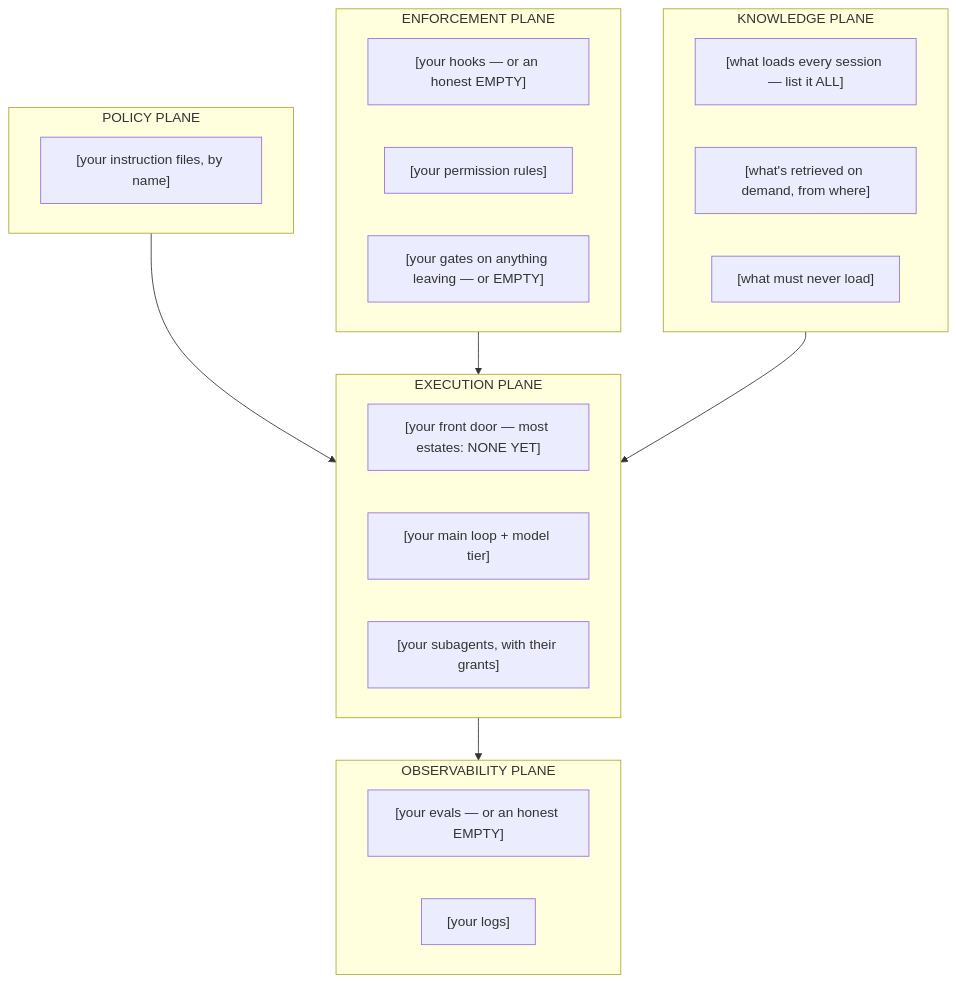
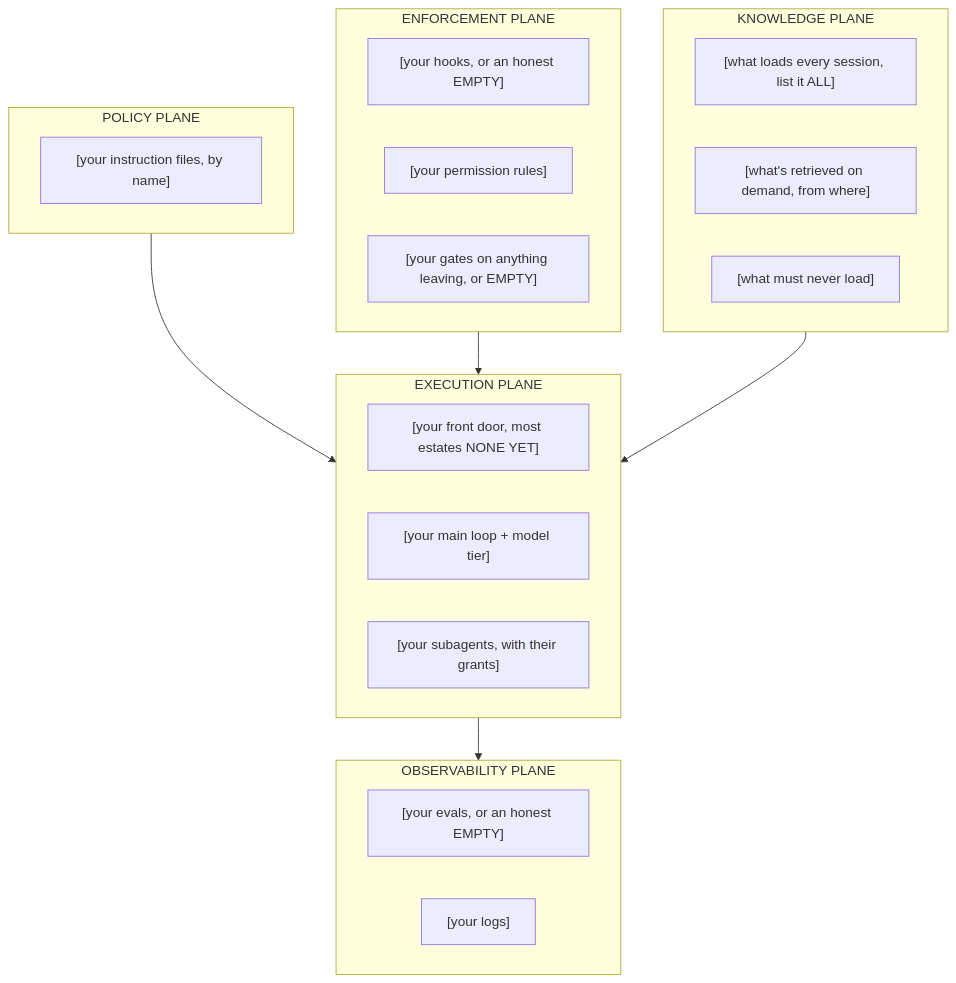
The diagram in ESTATE-MAP.md (chorusse/agentic-estate), drawn with Mermaid before and after one commit. The commit also changed other lines of this file and 3 other files, not shown here.

````diff
--- a/ESTATE-MAP.md
+++ b/ESTATE-MAP.md
@@ -27,29 +27,29 @@
 ```mermaid
 flowchart TB
     subgraph pol["POLICY PLANE"]
         p1["[your instruction files, by name]"]
     end
     subgraph enf["ENFORCEMENT PLANE"]
-        e1["[your hooks — or an honest EMPTY]"]
+        e1["[your hooks, or an honest EMPTY]"]
         e2["[your permission rules]"]
-        e3["[your gates on anything leaving — or EMPTY]"]
+        e3["[your gates on anything leaving, or EMPTY]"]
     end
     subgraph exec["EXECUTION PLANE"]
-        x1["[your front door — most estates: NONE YET]"]
+        x1["[your front door, most estates NONE YET]"]
         x2["[your main loop + model tier]"]
         x3["[your subagents, with their grants]"]
     end
     subgraph know["KNOWLEDGE PLANE"]
-        k1["[what loads every session — list it ALL]"]
+        k1["[what loads every session, list it ALL]"]
         k2["[what's retrieved on demand, from where]"]
         k3["[what must never load]"]
     end
     subgraph obs["OBSERVABILITY PLANE"]
-        o1["[your evals — or an honest EMPTY]"]
+        o1["[your evals, or an honest EMPTY]"]
         o2["[your logs]"]
     end
     pol --> exec
     enf --> exec
     know --> exec
     exec --> obs
 ```
````
